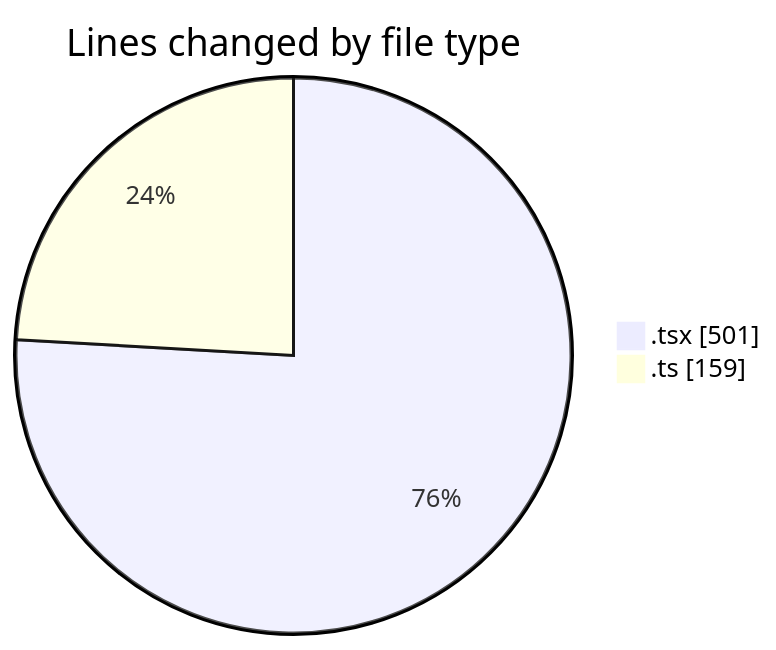
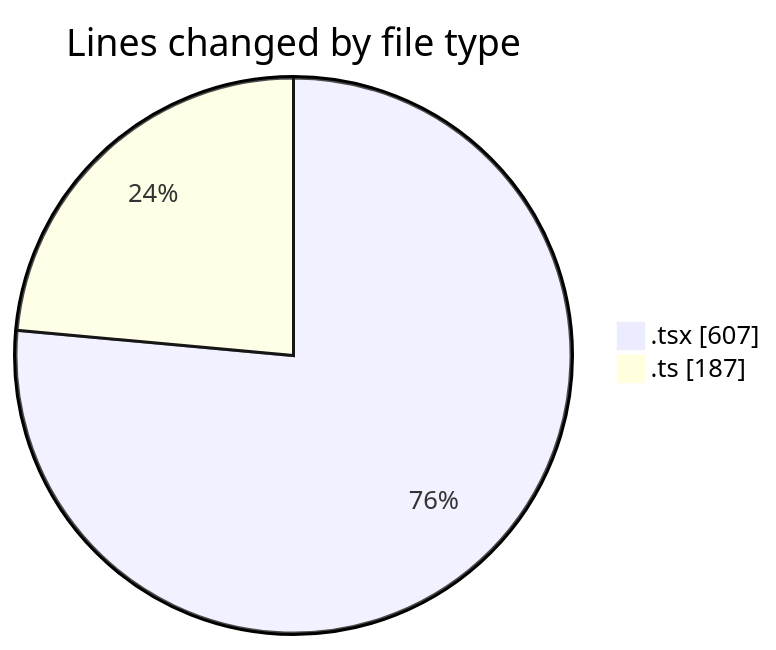
The first of 2 diagrams in 2026-04-17/airfeed-analytics-dashboard/README.md (nxtqubesakshisongat/code-tracking), drawn with Mermaid before and after one commit. The commit also changed other lines of this file and 1 other file, not shown here.

````diff
--- a/2026-04-17/airfeed-analytics-dashboard/README.md
+++ b/2026-04-17/airfeed-analytics-dashboard/README.md
@@ -23,6 +24,6 @@
 ```mermaid
 pie showData
 title Lines changed by file type
-".tsx" : 501
-".ts" : 159
+".tsx" : 607
+".ts" : 187
 ```
````
